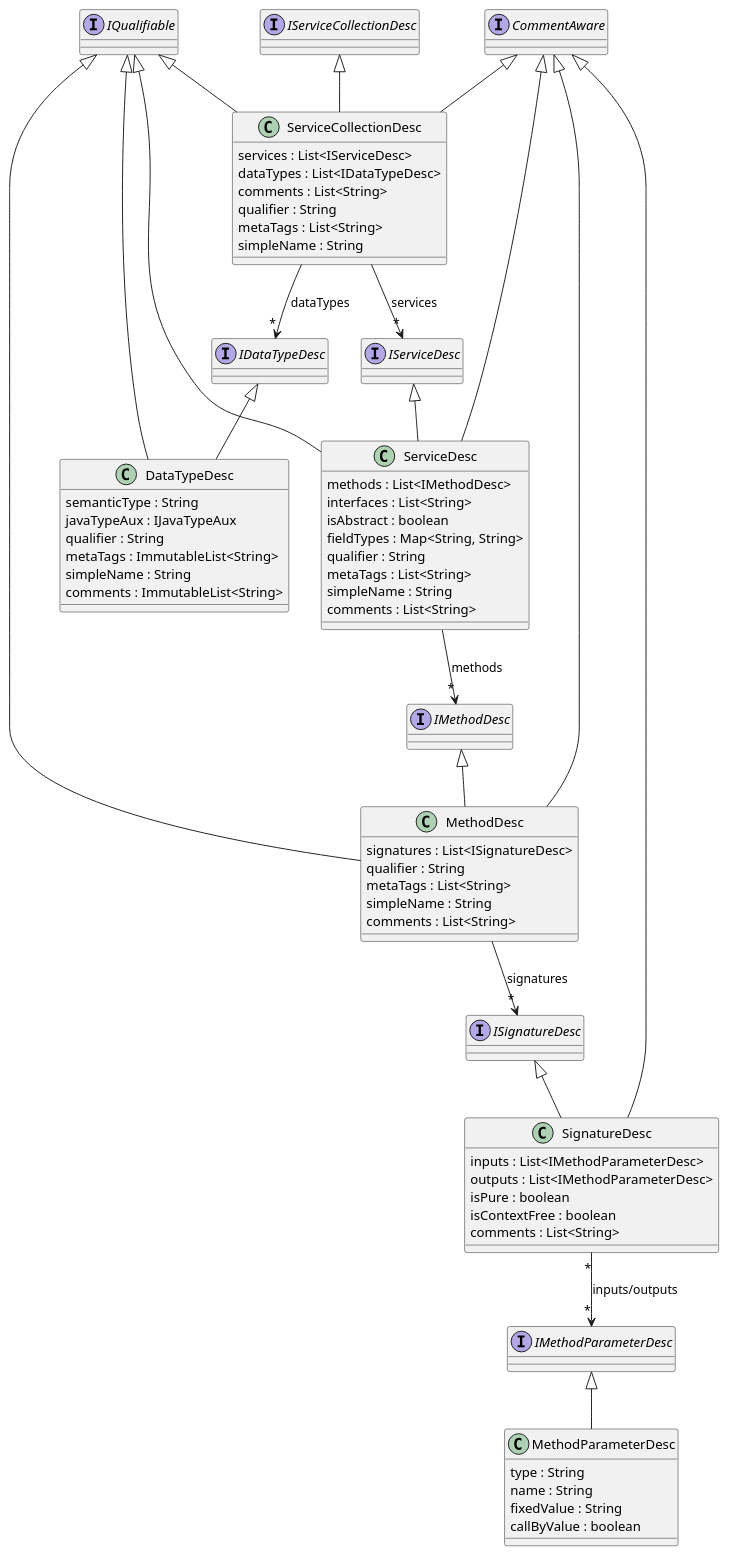
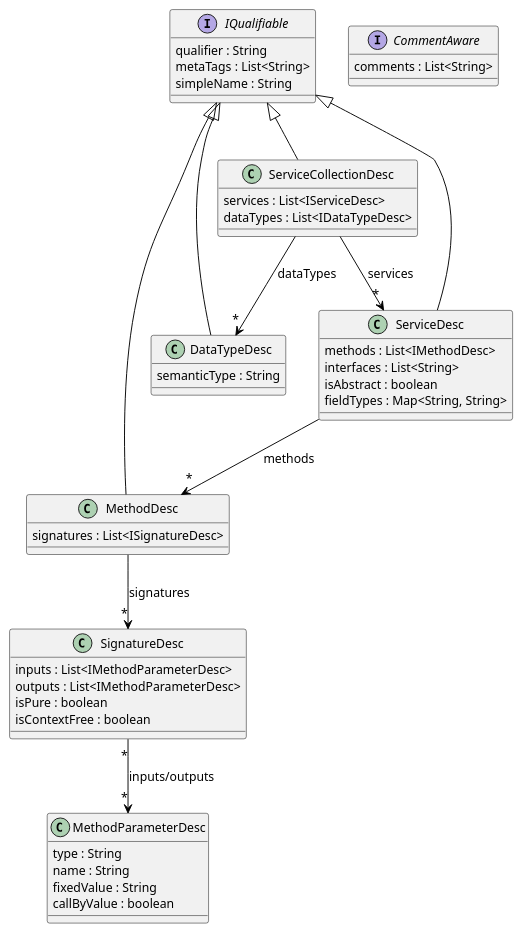
One commit to fmohr/SEDE changed the diagram in SEDE.docs/base/src/docs/plantuml/service-descs-overview.plantuml. Above: the diagram before and after it, drawn with PlantUML.

Commit message:
Updated service-descs-overview class diagram

```diff
--- a/SEDE.docs/base/src/docs/plantuml/service-descs-overview.plantuml
+++ b/SEDE.docs/base/src/docs/plantuml/service-descs-overview.plantuml
@@ -1,93 +1,72 @@
 @startuml
 
-interface "IDataTypeDesc"
+skinparam defaultFontName "Avenir"
+skinparam defaultFontSize 13
+skinparam classBorderColor black
+skinparam ArrowColor black
 
-interface "IMethodDesc"
+interface "IQualifiable" {
+  qualifier : String
+  metaTags : List<String>
+  simpleName : String
+}
 
-interface "IMethodParameterDesc"
-
-interface "IQualifiable"
-
-interface "IServiceCollectionDesc"
-
-interface "IServiceDesc"
-
-interface "ISignatureDesc"
-
-interface "CommentAware"
+interface "CommentAware" {
+  comments : List<String>
+}
 
 
 class "MethodDesc" {
   signatures : List<ISignatureDesc>
-  qualifier : String
-  metaTags : List<String>
-  simpleName : String
-  comments : List<String>
 }
 
 class "MethodParameterDesc" {
   type : String
   name : String
   fixedValue : String
   callByValue : boolean
 }
 
 class "ServiceCollectionDesc" {
   services : List<IServiceDesc>
   dataTypes : List<IDataTypeDesc>
-  comments : List<String>
-  qualifier : String
-  metaTags : List<String>
-  simpleName : String
 }
 
 class "ServiceDesc" {
   methods : List<IMethodDesc>
   interfaces : List<String>
   isAbstract : boolean
   fieldTypes : Map<String, String>
-  qualifier : String
-  metaTags : List<String>
-  simpleName : String
-  comments : List<String>
+
 }
 
 class "SignatureDesc" {
   inputs : List<IMethodParameterDesc>
   outputs : List<IMethodParameterDesc>
   isPure : boolean
   isContextFree : boolean
-  comments : List<String>
+
 }
 
 class "DataTypeDesc" {
   semanticType : String
-  javaTypeAux : IJavaTypeAux
-  qualifier : String
-  metaTags : ImmutableList<String>
-  simpleName : String
-  comments : ImmutableList<String>
 }
 
-"CommentAware" <|-- "MethodDesc"
-"CommentAware" <|-- "ServiceCollectionDesc"
-"CommentAware" <|-- "ServiceDesc"
-"CommentAware" <|-- "SignatureDesc"
-"IMethodDesc" <|-- "MethodDesc"
-"IMethodParameterDesc" <|-- "MethodParameterDesc"
+'"CommentAware" <|-- "MethodDesc"
+'"CommentAware" <|-- "ServiceCollectionDesc"
+'"CommentAware" <|-- "ServiceDesc"
+'"CommentAware" <|-- "SignatureDesc"
+'"CommentAware" <|-- "DataTypeDesc"
 "IQualifiable" <|-- "MethodDesc"
 "IQualifiable" <|-- "ServiceCollectionDesc"
 "IQualifiable" <|-- "ServiceDesc"
-"IServiceCollectionDesc" <|-- "ServiceCollectionDesc"
-"IServiceDesc" <|-- "ServiceDesc"
-"ISignatureDesc" <|-- "SignatureDesc"
-"MethodDesc" --> "*" "ISignatureDesc" : signatures
-"ServiceCollectionDesc" --> "*" "IDataTypeDesc" : dataTypes
-"ServiceCollectionDesc" --> "*" "IServiceDesc" : services
-"ServiceDesc" --> "*" "IMethodDesc" : methods
-"SignatureDesc" "*" --> "*" "IMethodParameterDesc" : inputs/outputs
-
-"IDataTypeDesc" <|-- "DataTypeDesc"
 "IQualifiable" <|-- "DataTypeDesc"
 
+"MethodDesc" --> "*" "SignatureDesc" : signatures
+"ServiceCollectionDesc" --> "*" "DataTypeDesc" : dataTypes
+"ServiceCollectionDesc" --> "*" "ServiceDesc" : services
+"ServiceDesc" --> "*" "MethodDesc" : methods
+"SignatureDesc" "*" --> "*" "MethodParameterDesc" : inputs/outputs
+
+
 @enduml
```
